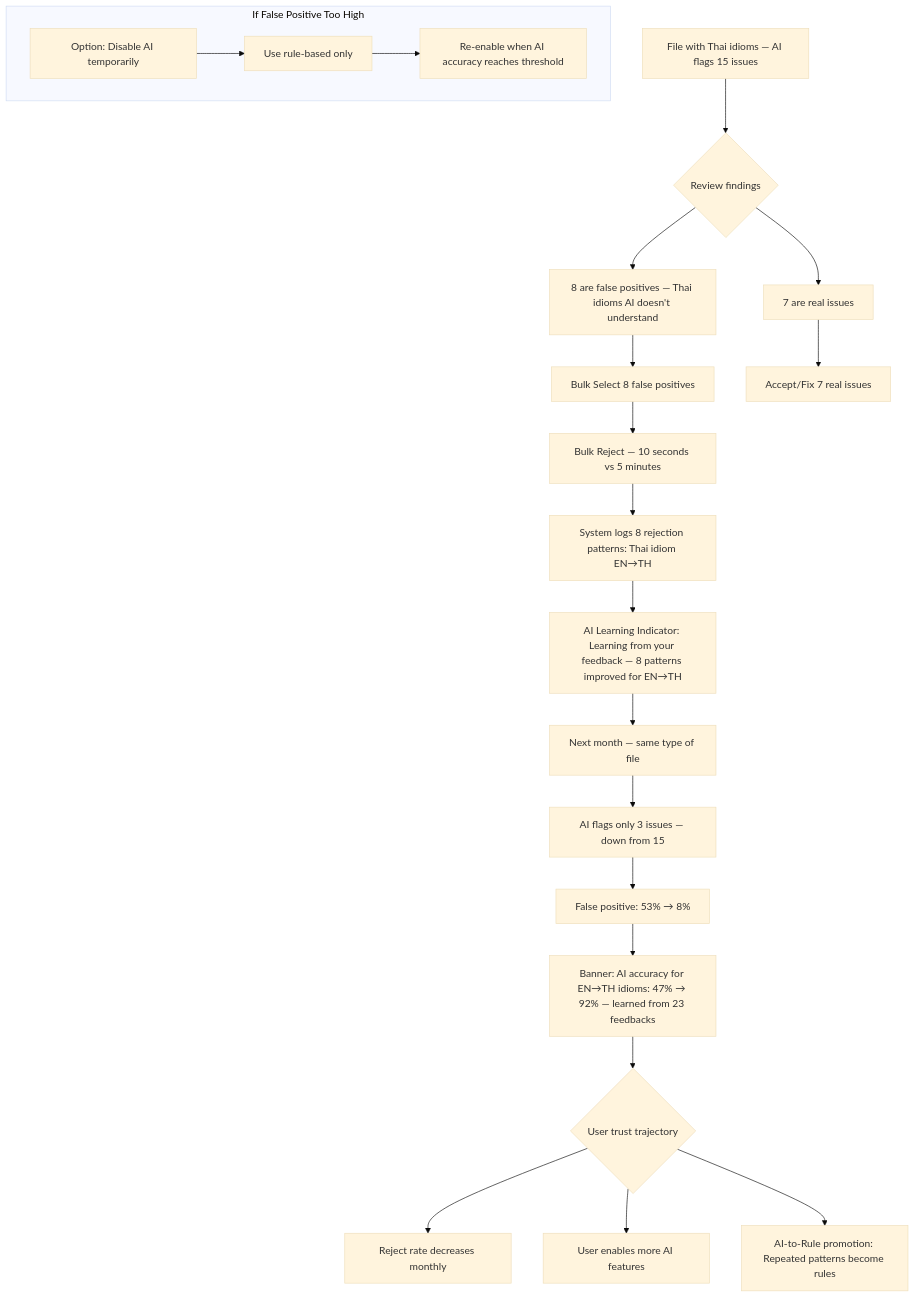
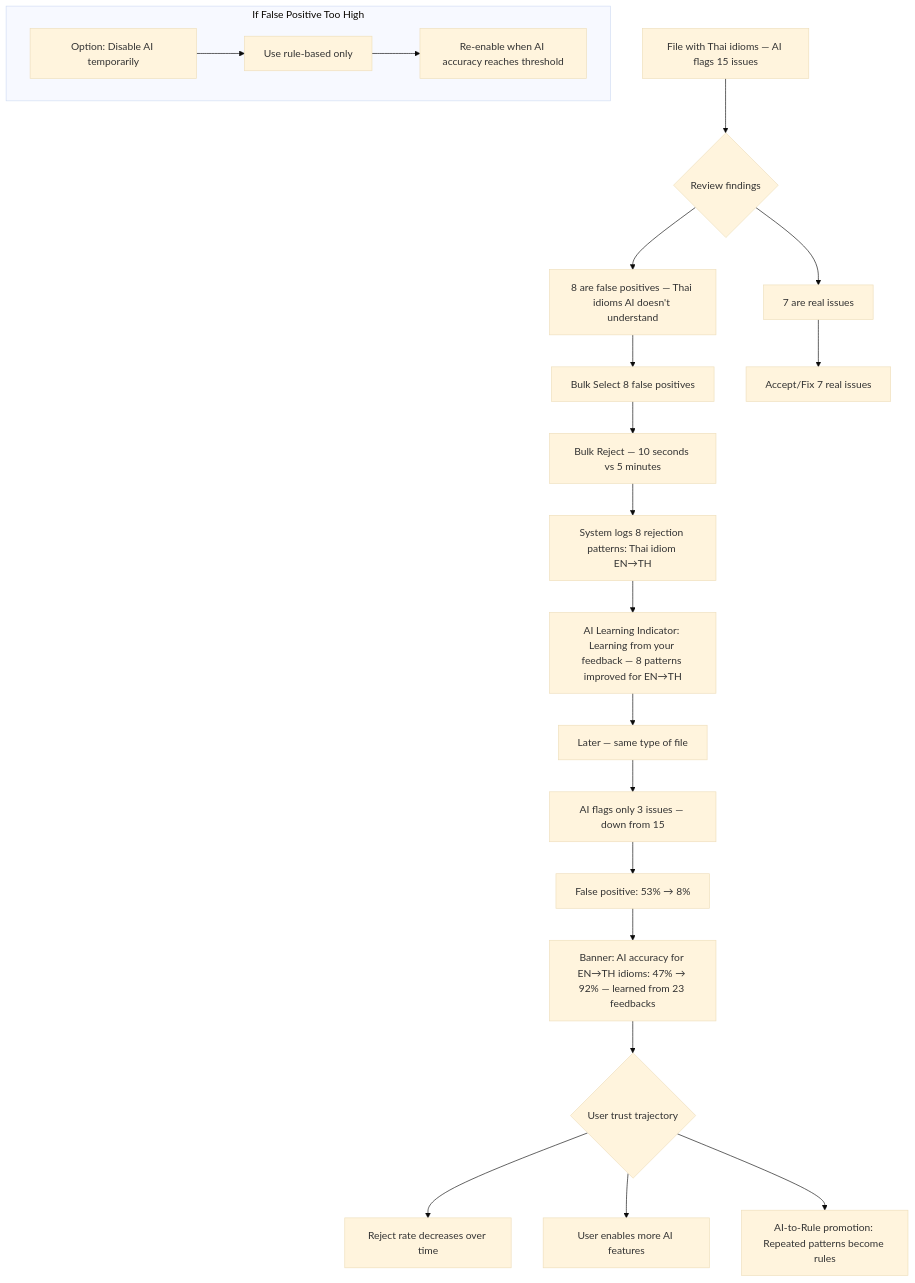
Before and after one commit to Jirawatpyk/QA-Localization-tool: the sixth of 6 diagrams in _bmad-output/planning-artifacts/ux-design-specification/user-journey-flows.md, drawn with Mermaid (base theme). The commit also changed other lines of this file and 12 other files, not shown here.

First line of the commit message:
UX spec: fix header hierarchy, resolve 38 review issues, normalize adoption timeline

````diff
--- a/_bmad-output/planning-artifacts/ux-design-specification/user-journey-flows.md
+++ b/_bmad-output/planning-artifacts/ux-design-specification/user-journey-flows.md
@@ -421,31 +421,31 @@
 ```mermaid
 flowchart TD
     A["File with Thai idioms — AI flags 15 issues"] --> B{Review findings}
 
     B --> C["8 are false positives — Thai idioms AI doesn't understand"]
     B --> D["7 are real issues"]
 
     C --> E["Bulk Select 8 false positives"]
     E --> F["Bulk Reject — 10 seconds vs 5 minutes"]
     F --> G["System logs 8 rejection patterns: Thai idiom EN→TH"]
 
     D --> H[Accept/Fix 7 real issues]
 
     G --> I["AI Learning Indicator: Learning from your feedback — 8 patterns improved for EN→TH"]
 
-    I --> J[Next month — same type of file]
+    I --> J[Later — same type of file]
     J --> K["AI flags only 3 issues — down from 15"]
     K --> L["False positive: 53% → 8%"]
 
     L --> M["Banner: AI accuracy for EN→TH idioms: 47% → 92% — learned from 23 feedbacks"]
 
     M --> N{User trust trajectory}
-    N --> O["Reject rate decreases monthly"]
+    N --> O["Reject rate decreases over time"]
     N --> P["User enables more AI features"]
     N --> Q["AI-to-Rule promotion: Repeated patterns become rules"]
 
     subgraph Recovery["If False Positive Too High"]
         R["Option: Disable AI temporarily"] --> S["Use rule-based only"]
         S --> T["Re-enable when AI accuracy reaches threshold"]
     end
 ```
````
